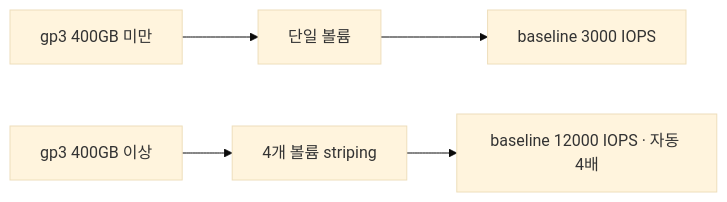
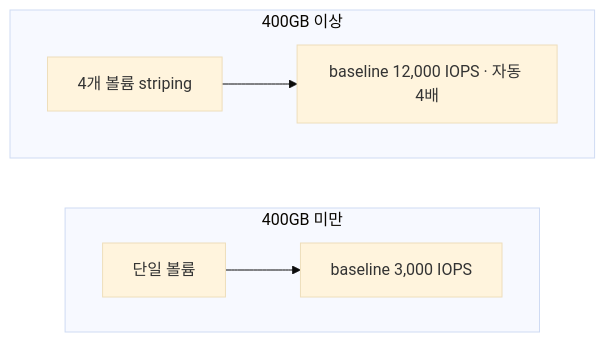
Before and after one commit to keencho/keencho.github.io: the second of 2 diagrams in _posts/2026-08-16-rds-iops-gp3-400gb.md, drawn with Mermaid (base theme). The commit also changed other lines of this file, not shown here.

````diff
--- a/_posts/2026-08-16-rds-iops-gp3-400gb.md
+++ b/_posts/2026-08-16-rds-iops-gp3-400gb.md
@@ -69,5 +69,11 @@
 ```mermaid
 flowchart LR
-    A[gp3 400GB 미만] --> A1[단일 볼륨] --> A2[baseline 3000 IOPS]
-    B[gp3 400GB 이상] --> B1[4개 볼륨 striping] --> B2[baseline 12000 IOPS · 자동 4배]
+    subgraph SM [400GB 미만]
+        direction LR
+        A1[단일 볼륨] --> A2[baseline 3,000 IOPS]
+    end
+    subgraph LG [400GB 이상]
+        direction LR
+        B1[4개 볼륨 striping] --> B2[baseline 12,000 IOPS · 자동 4배]
+    end
 ```
````
